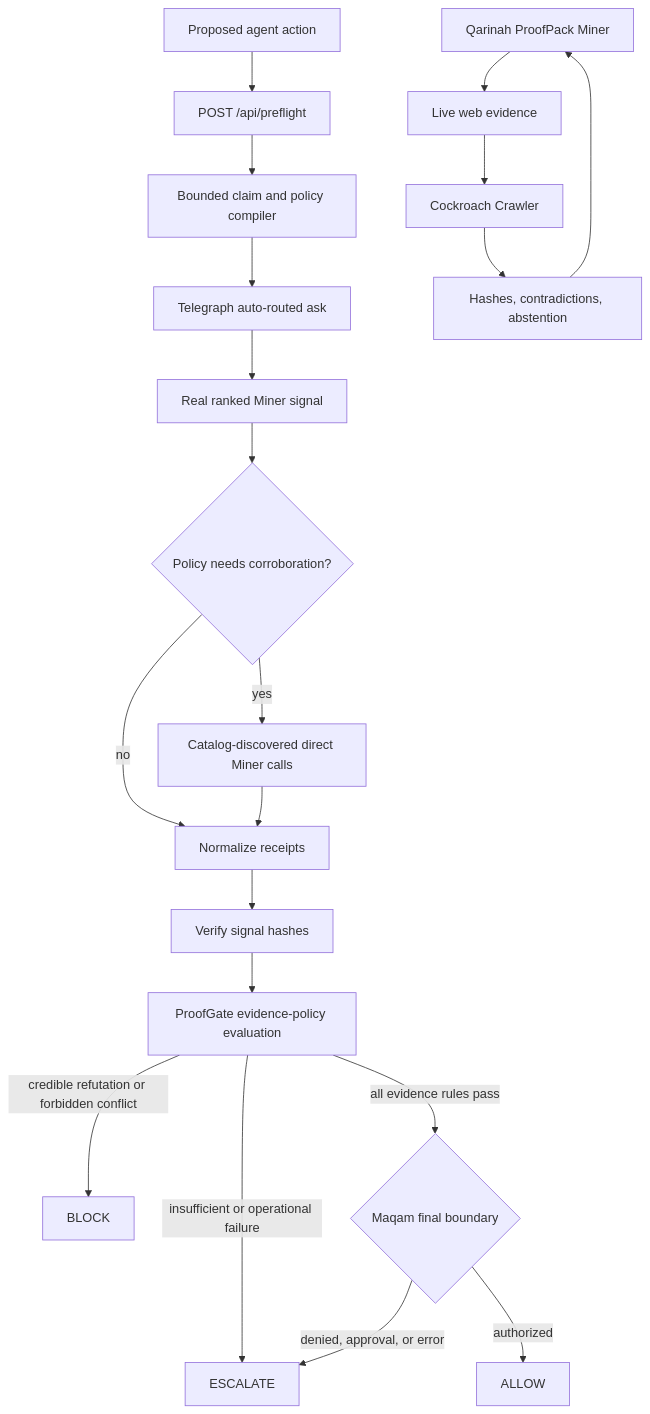
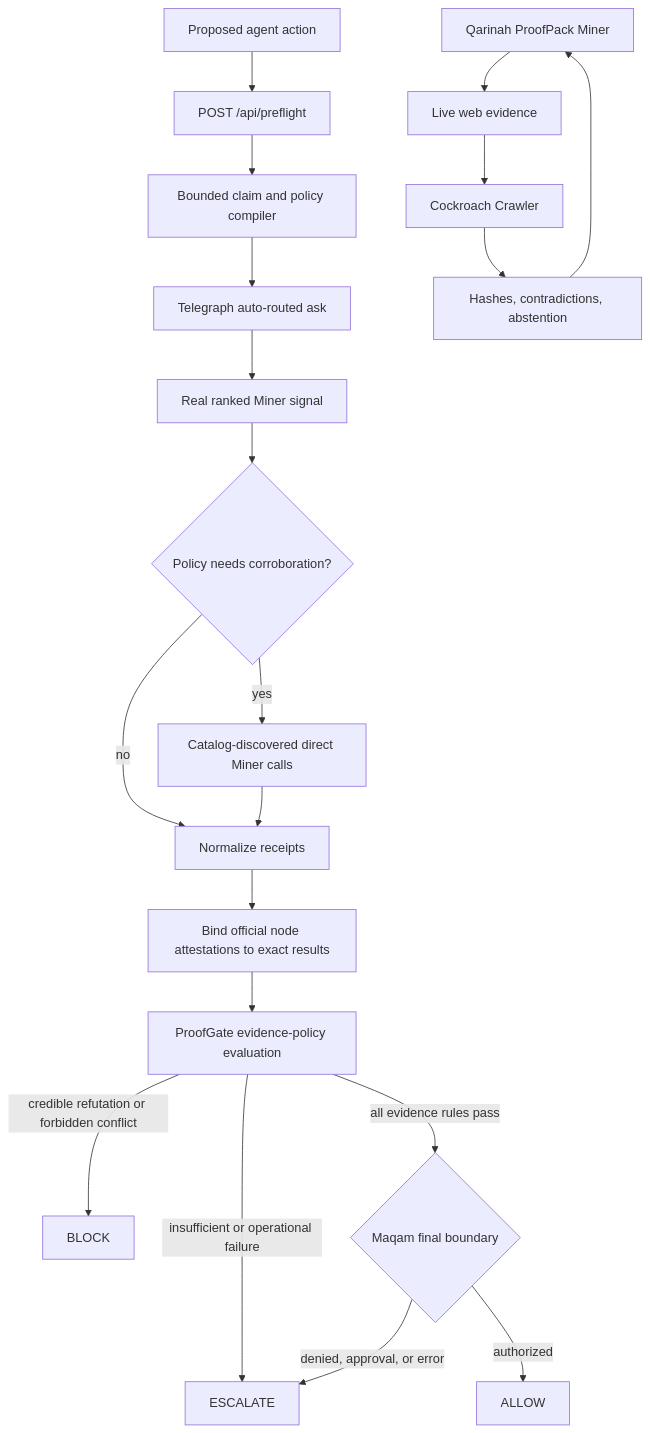
One commit to AjnasNB/qarinah-proofpack changed the diagram in README.md. Above: the diagram before and after it, drawn with Mermaid. The commit also changed other lines of this file and 3 other files, not shown here.

````diff
--- a/README.md
+++ b/README.md
@@ -180,23 +184,23 @@
 ```mermaid
 flowchart TD
     A[Proposed agent action] --> B[POST /api/preflight]
     B --> C[Bounded claim and policy compiler]
     C --> D[Telegraph auto-routed ask]
     D --> E[Real ranked Miner signal]
     E --> F{Policy needs corroboration?}
     F -->|yes| G[Catalog-discovered direct Miner calls]
     F -->|no| H[Normalize receipts]
     G --> H
-    H --> I[Verify signal hashes]
+    H --> I[Bind official node attestations to exact results]
     I --> J[ProofGate evidence-policy evaluation]
     J -->|credible refutation or forbidden conflict| M[BLOCK]
     J -->|insufficient or operational failure| N[ESCALATE]
     J -->|all evidence rules pass| K{Maqam final boundary}
     K -->|authorized| L[ALLOW]
     K -->|denied, approval, or error| N
 
     O[Qarinah ProofPack Miner] --> P[Live web evidence]
     P --> Q[Cockroach Crawler]
     Q --> R[Hashes, contradictions, abstention]
     R --> O
 ```
````
